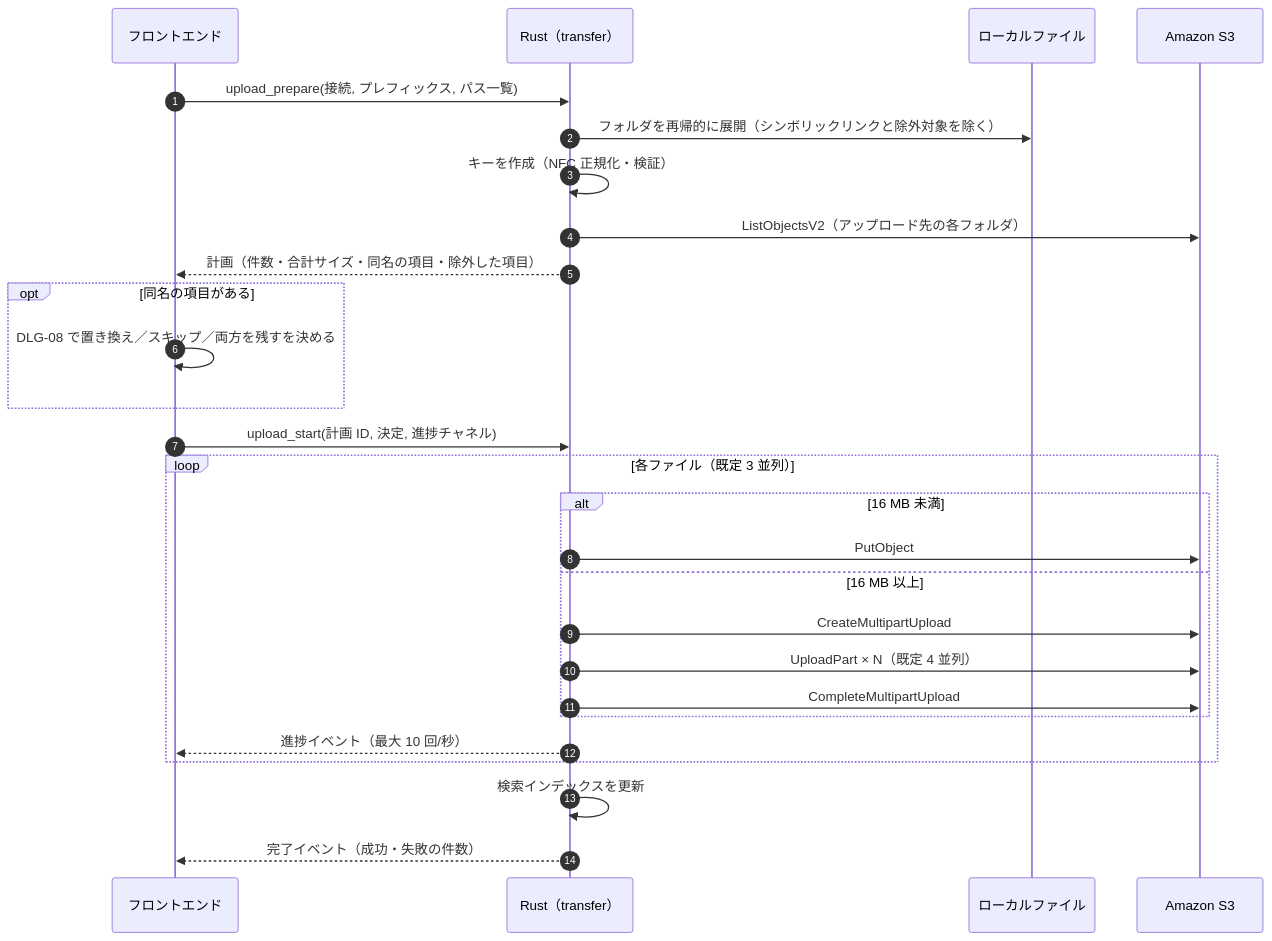
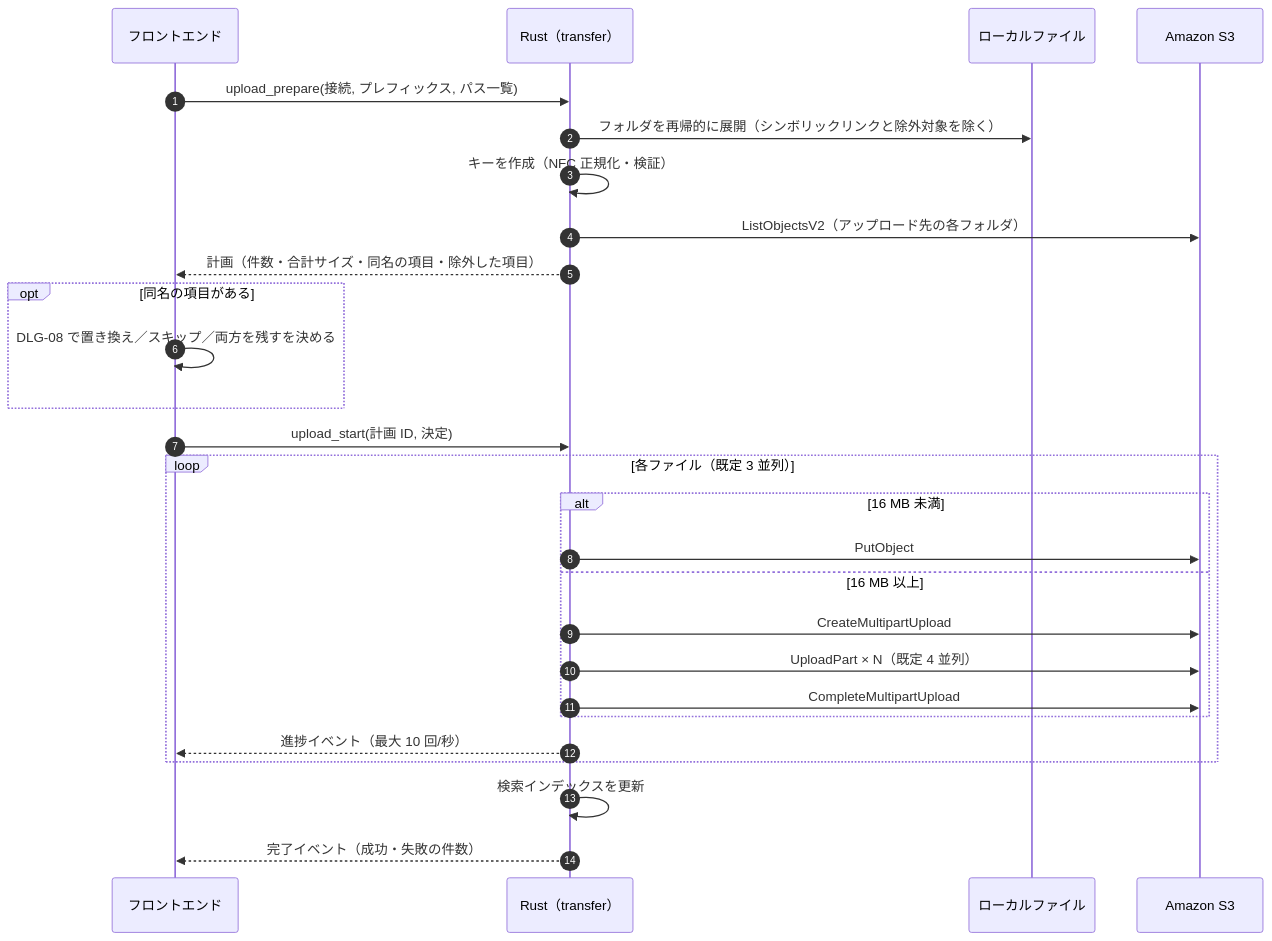
One commit to Sh1gekicks/s3driveapp changed the third of 6 diagrams in docs/design/04-features.md. Above: the diagram before and after it, drawn with Mermaid. The commit also changed other lines of this file and 11 other files, not shown here.

````diff
--- a/docs/design/04-features.md
+++ b/docs/design/04-features.md
@@ -186,29 +188,29 @@
 ```mermaid
 sequenceDiagram
   autonumber
   participant UI as フロントエンド
   participant RS as Rust（transfer）
   participant FS as ローカルファイル
   participant S3 as Amazon S3
   UI->>RS: upload_prepare(接続, プレフィックス, パス一覧)
   RS->>FS: フォルダを再帰的に展開（シンボリックリンクと除外対象を除く）
   RS->>RS: キーを作成（NFC 正規化・検証）
   RS->>S3: ListObjectsV2（アップロード先の各フォルダ）
   RS-->>UI: 計画（件数・合計サイズ・同名の項目・除外した項目）
   opt 同名の項目がある
     UI->>UI: DLG-08 で置き換え／スキップ／両方を残すを決める
   end
-  UI->>RS: upload_start(計画 ID, 決定, 進捗チャネル)
+  UI->>RS: upload_start(計画 ID, 決定)
   loop 各ファイル（既定 3 並列）
     alt 16 MB 未満
       RS->>S3: PutObject
     else 16 MB 以上
       RS->>S3: CreateMultipartUpload
       RS->>S3: UploadPart × N（既定 4 並列）
       RS->>S3: CompleteMultipartUpload
     end
     RS-->>UI: 進捗イベント（最大 10 回/秒）
   end
   RS->>RS: 検索インデックスを更新
   RS-->>UI: 完了イベント（成功・失敗の件数）
 ```
````
